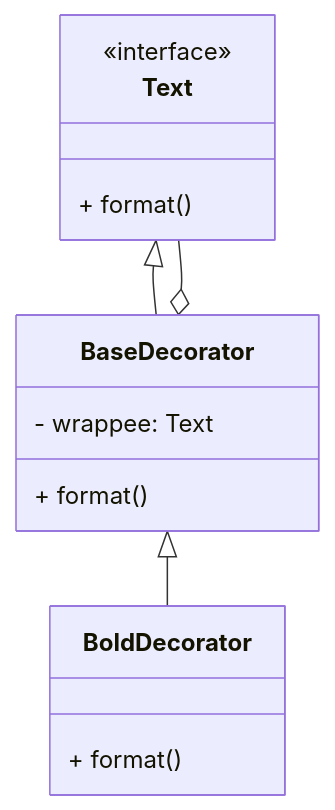
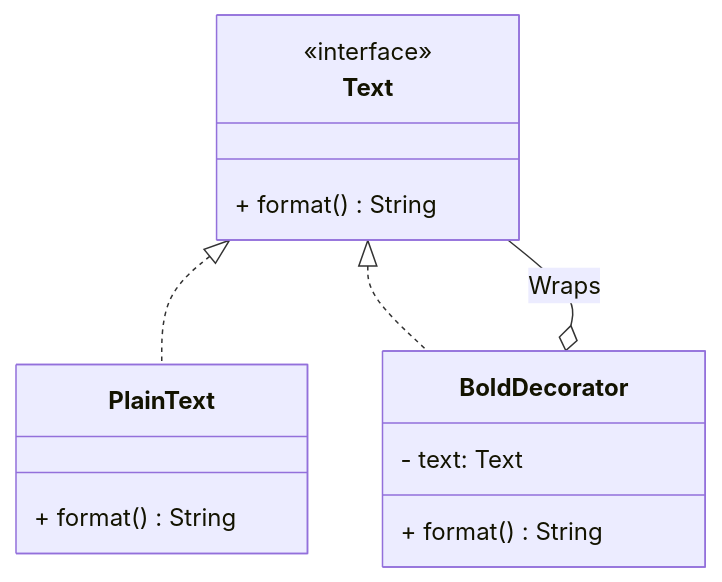
The ninth of 22 diagrams in Readme.md (swapnilphalke97/Design-Pattern), drawn with Mermaid before and after one commit. The commit also changed other lines of this file, not shown here.

````diff
--- a/Readme.md
+++ b/Readme.md
@@ -369,17 +411,17 @@
 ```mermaid
 classDiagram
     class Text {
         <<interface>>
-        + format()
+        + format() String
     }
-    class BaseDecorator {
-        - wrappee: Text
-        + format()
+    class PlainText {
+        + format() String
     }
     class BoldDecorator {
-        + format()
+        - text: Text
+        + format() String
     }
-    Text <|-- BaseDecorator
-    BaseDecorator o-- Text
-    BaseDecorator <|-- BoldDecorator
+    Text <|.. PlainText
+    Text <|.. BoldDecorator
+    BoldDecorator o-- Text : Wraps
 ```
````
